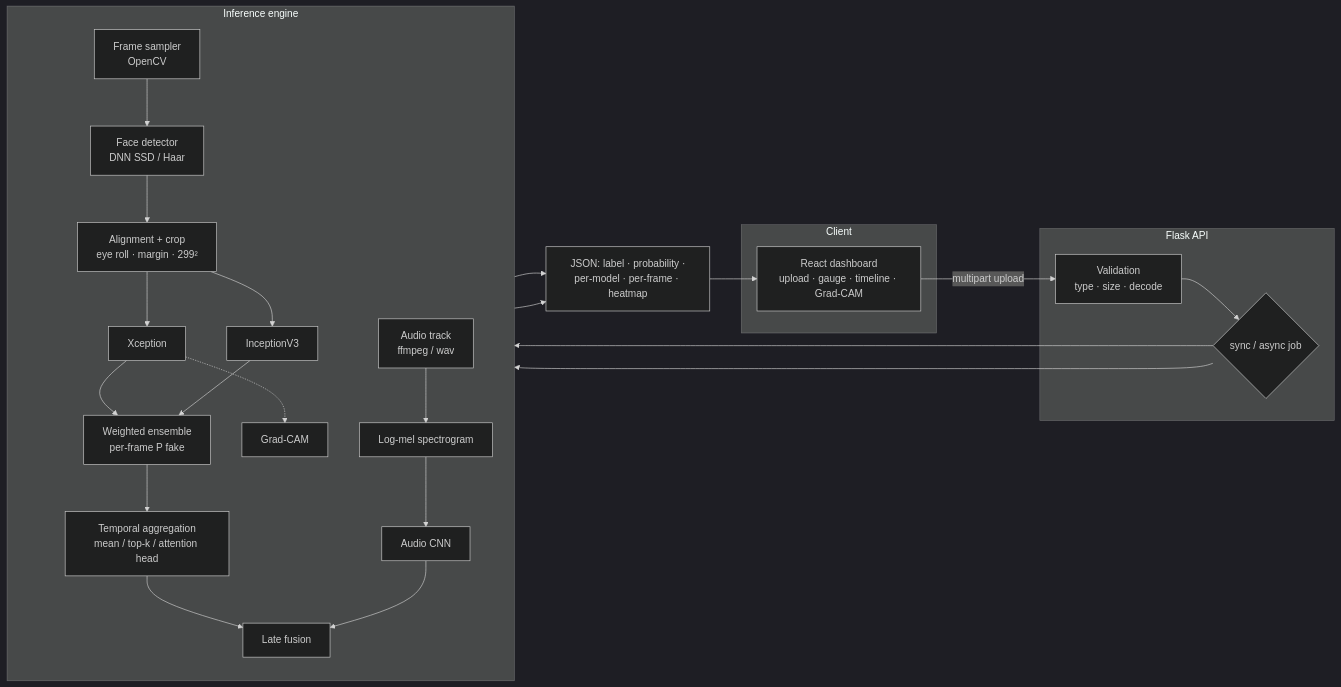
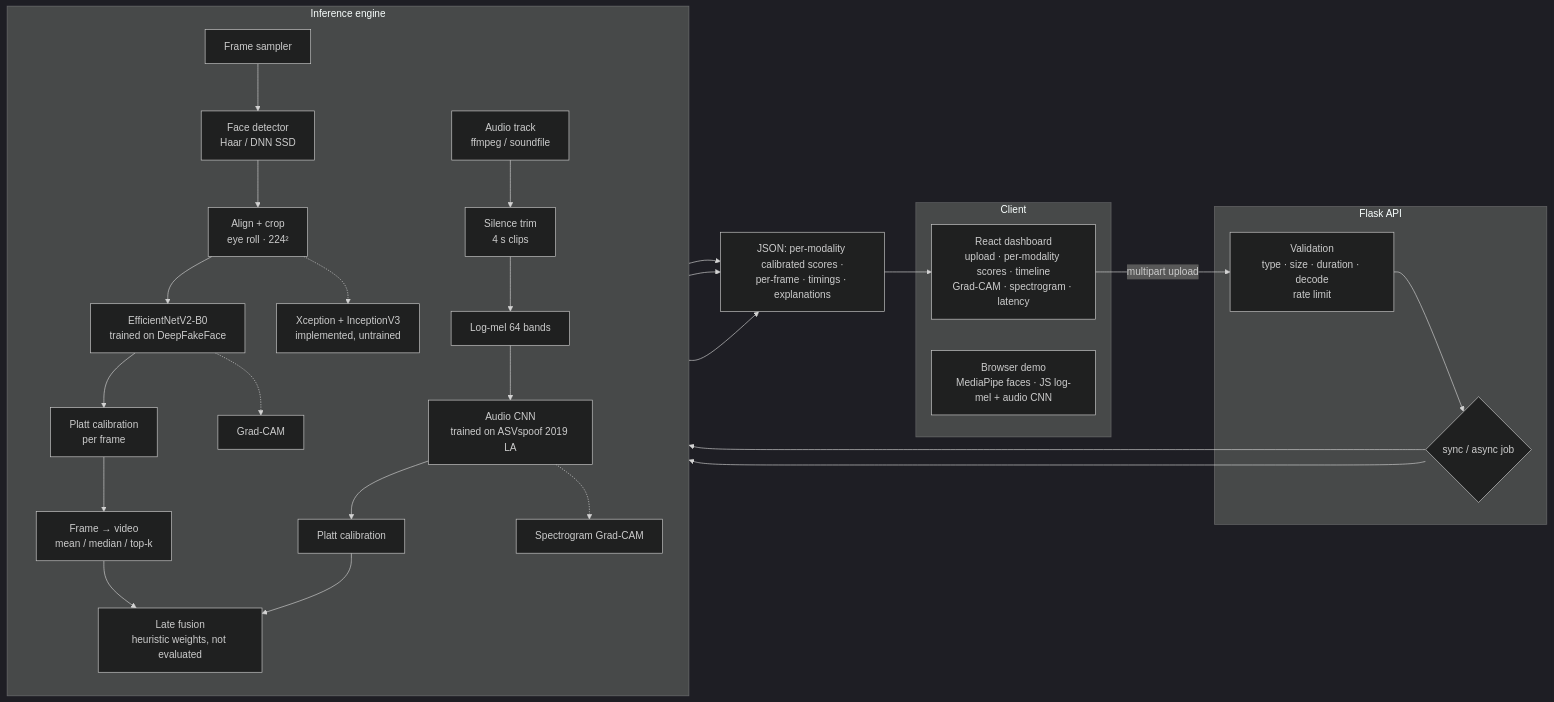
The diagram in README.md (srini2k03/multimodal-deepfake-detection), drawn with Mermaid (dark theme) before and after one commit. The commit also changed other lines of this file, not shown here.

````diff
--- a/README.md
+++ b/README.md
@@ -79,32 +80,36 @@
 ```mermaid
 flowchart LR
     subgraph Client
-        UI[React dashboard<br/>upload · gauge · timeline · Grad-CAM]
+        UI[React dashboard<br/>upload · per-modality scores · timeline<br/>Grad-CAM · spectrogram · latency]
+        BR[Browser demo<br/>MediaPipe faces · JS log-mel + audio CNN]
     end
 
     subgraph API[Flask API]
-        V[Validation<br/>type · size · decode] --> J{sync / async job}
+        V[Validation<br/>type · size · duration · decode<br/>rate limit] --> J{sync / async job}
     end
 
     subgraph Engine[Inference engine]
         direction TB
-        S[Frame sampler<br/>OpenCV] --> FD[Face detector<br/>DNN SSD / Haar]
-        FD --> AL[Alignment + crop<br/>eye roll · margin · 299²]
-        AL --> X[Xception]
-        AL --> I[InceptionV3]
-        X --> E[Weighted ensemble<br/>per-frame P fake]
-        I --> E
-        E --> AG[Temporal aggregation<br/>mean / top-k / attention head]
-        X -.-> GC[Grad-CAM]
-        A[Audio track<br/>ffmpeg / wav] --> M[Log-mel spectrogram] --> AC[Audio CNN]
-        AG --> F[Late fusion]
-        AC --> F
+        S[Frame sampler] --> FD[Face detector<br/>Haar / DNN SSD]
+        FD --> AL[Align + crop<br/>eye roll · 224²]
+        AL --> EF[EfficientNetV2-B0<br/>trained on DeepFakeFace]
+        AL -.-> XI[Xception + InceptionV3<br/>implemented, untrained]
+        EF --> CV[Platt calibration<br/>per frame]
+        CV --> AG[Frame → video<br/>mean / median / top-k]
+        EF -.-> GC[Grad-CAM]
+        A[Audio track<br/>ffmpeg / soundfile] --> T[Silence trim<br/>4 s clips]
+        T --> M[Log-mel 64 bands] --> AC[Audio CNN<br/>trained on ASVspoof 2019 LA]
+        AC --> CA[Platt calibration]
+        AC -.-> AS[Spectrogram Grad-CAM]
+        AG --> F[Late fusion<br/>heuristic weights, not evaluated]
+        CA --> F
     end
 
     UI -- multipart upload --> V
     J --> S
     J --> A
-    F --> R[JSON: label · probability ·<br/>per-model · per-frame · heatmap]
+    F --> R[JSON: per-modality calibrated scores ·<br/>per-frame · timings · explanations]
     GC --> R
+    AS --> R
     R --> UI
 ```
````
